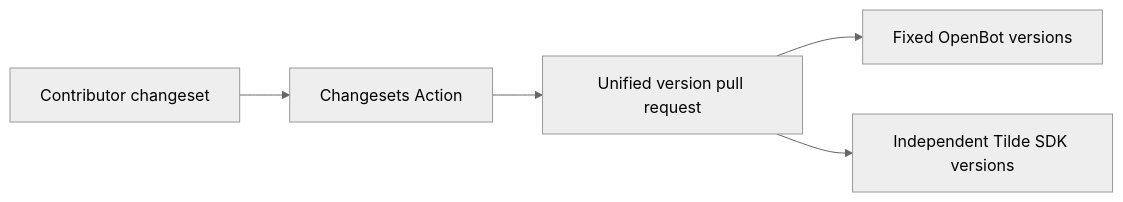
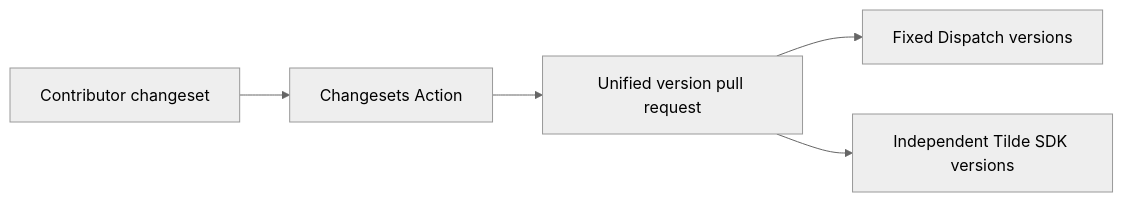
One commit to trytilde/dispatch changed the diagram in docs/adrs/0002-unified-changesets-versioning.md. Above: the diagram before and after it, drawn with Mermaid (neutral theme). The commit also changed other lines of this file and 668 other files, not shown here.

````diff
--- a/docs/adrs/0002-unified-changesets-versioning.md
+++ b/docs/adrs/0002-unified-changesets-versioning.md
@@ -25,7 +25,7 @@
 ```mermaid
 flowchart LR
   C["Contributor changeset"] --> A["Changesets Action"]
   A --> V["Unified version pull request"]
-  V --> G["Fixed OpenBot versions"]
+  V --> G["Fixed Dispatch versions"]
   V --> S["Independent Tilde SDK versions"]
 ```
````
